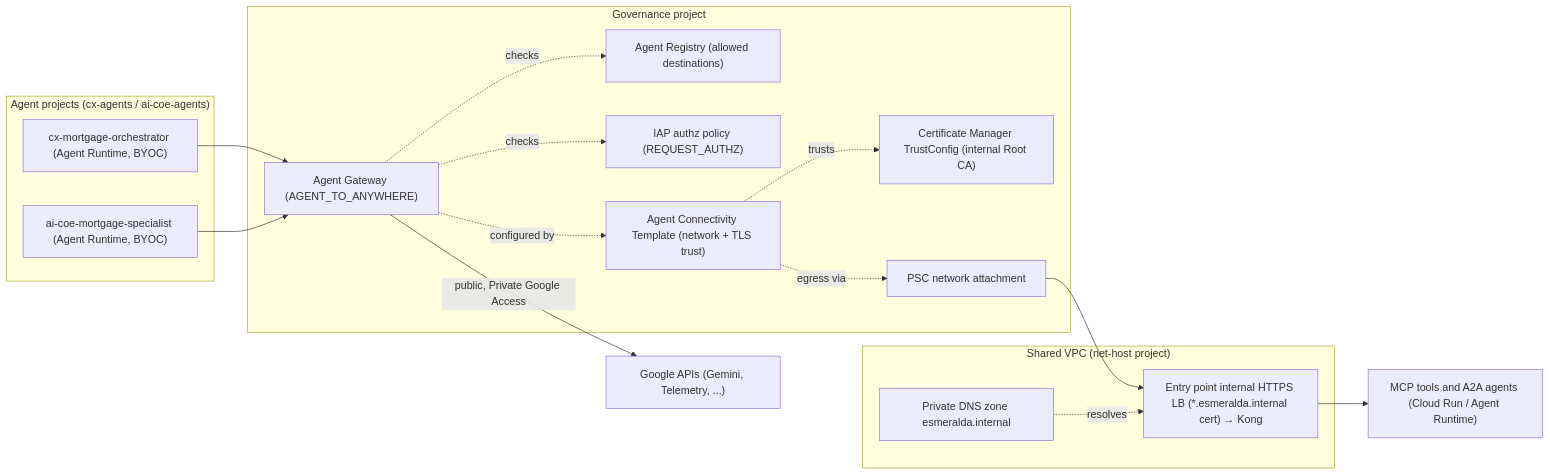
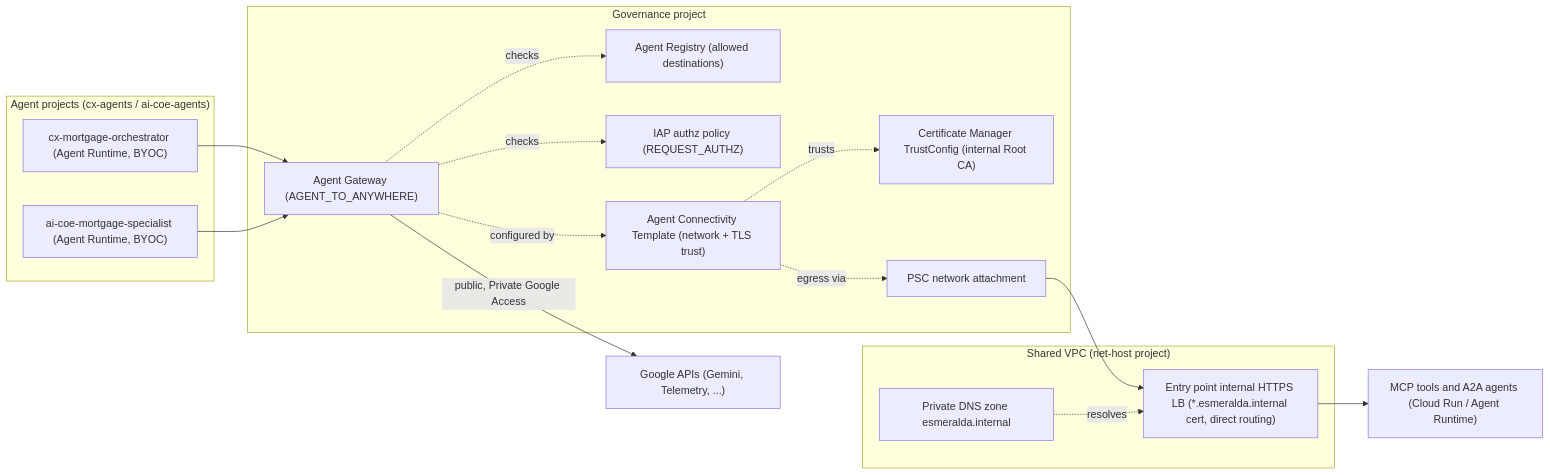
Before and after one commit to google/esmeralda: the first of 4 diagrams in docs/src/3-agentops-and-lifecycle/01-central-agent-gateway.md, drawn with Mermaid. The commit also changed other lines of this file and 93 other files, not shown here.

Commit message:
feat(gateway): built-in direct backend by default, service catalog, and remove Kong

````diff
--- a/docs/src/3-agentops-and-lifecycle/01-central-agent-gateway.md
+++ b/docs/src/3-agentops-and-lifecycle/01-central-agent-gateway.md
@@ -58,36 +58,36 @@
 ```mermaid
 flowchart LR
     subgraph AGENTS["Agent projects (cx-agents / ai-coe-agents)"]
         ORCH["cx-mortgage-orchestrator (Agent Runtime, BYOC)"]
         SPEC["ai-coe-mortgage-specialist (Agent Runtime, BYOC)"]
     end
 
     subgraph GOV["Governance project"]
         AGW["Agent Gateway (AGENT_TO_ANYWHERE)"]
         REG["Agent Registry (allowed destinations)"]
         IAP["IAP authz policy (REQUEST_AUTHZ)"]
         ACT["Agent Connectivity Template (network + TLS trust)"]
         TC["Certificate Manager TrustConfig (internal Root CA)"]
         NA["PSC network attachment"]
     end
 
     subgraph NET["Shared VPC (net-host project)"]
         DNS["Private DNS zone esmeralda.internal"]
-        ILB["Entry point internal HTTPS LB (*.esmeralda.internal cert) → Kong"]
+        ILB["Entry point internal HTTPS LB (*.esmeralda.internal cert, direct routing)"]
     end
 
     GAPI["Google APIs (Gemini, Telemetry, ...)"]
     MCP["MCP tools and A2A agents (Cloud Run / Agent Runtime)"]
 
     ORCH --> AGW
     SPEC --> AGW
     AGW -. checks .-> REG
     AGW -. checks .-> IAP
     AGW -. configured by .-> ACT
     ACT -. trusts .-> TC
     ACT -. egress via .-> NA
     AGW -->|public, Private Google Access| GAPI
     NA --> ILB
     DNS -. resolves .-> ILB
     ILB --> MCP
 ```
````
